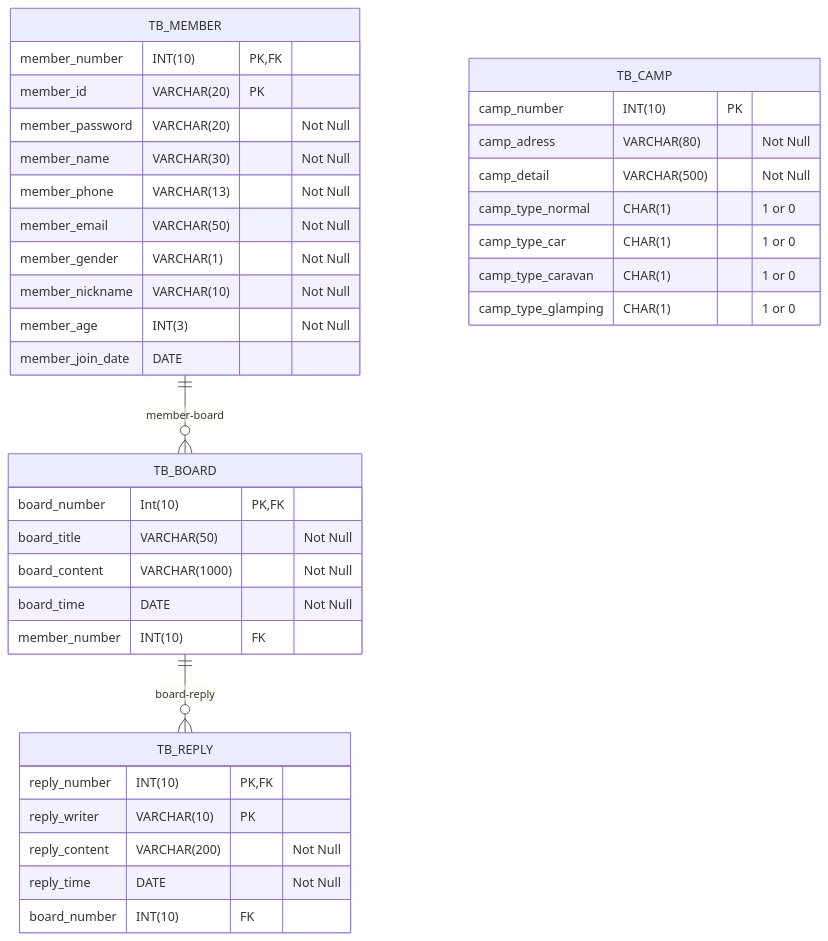
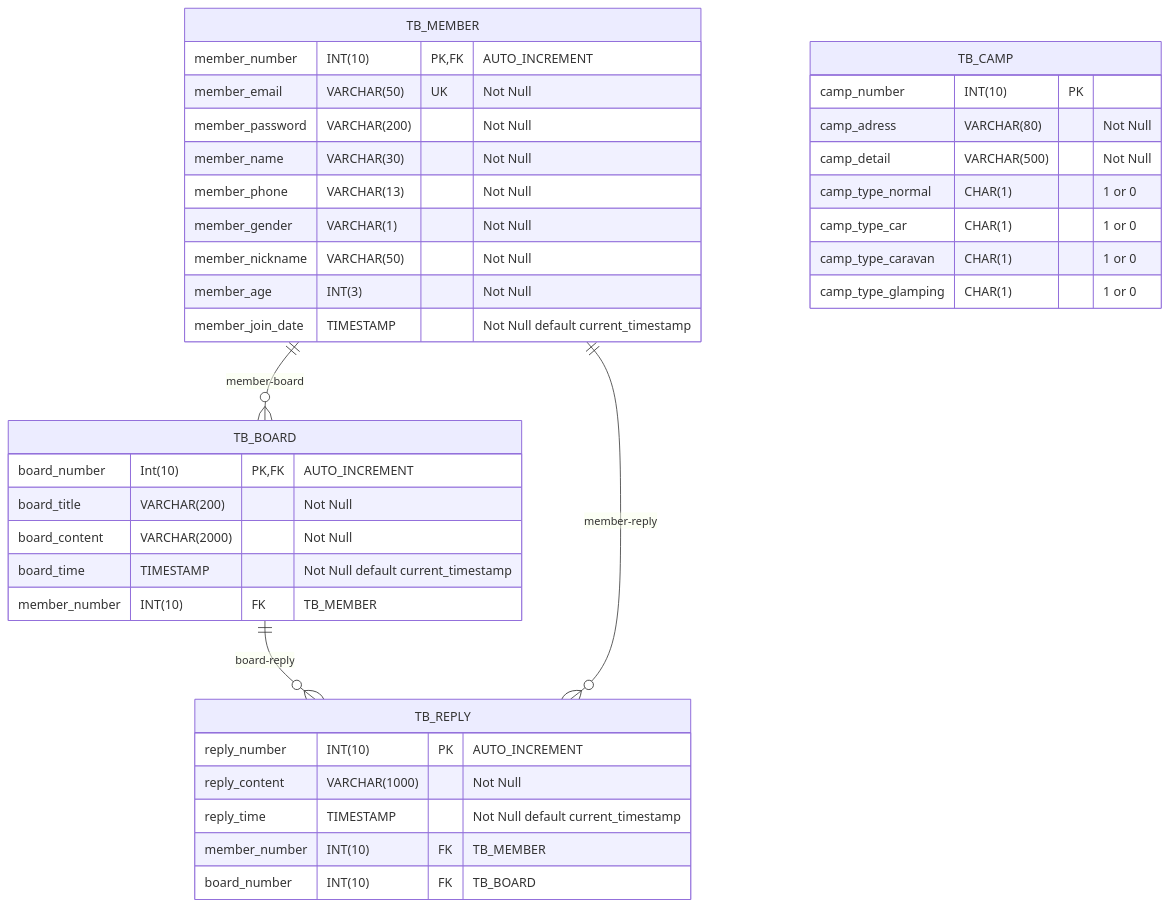
One commit to Choongang-Third-Project/jeju-campking changed the fourth of 6 diagrams in docs/README.md. Above: the diagram before and after it, drawn with Mermaid.

Commit message:
database diagram 수정

````diff
--- a/docs/README.md
+++ b/docs/README.md
@@ -172,44 +172,45 @@
 ```mermaid
 erDiagram
     TB_MEMBER ||--o{ TB_BOARD: member-board
     TB_BOARD ||--o{ TB_REPLY: board-reply
+    TB_MEMBER ||--o{ TB_REPLY: member-reply
+
     TB_MEMBER {
-        member_number INT(10) PK, FK
-        member_id VARCHAR(20) PK
-        member_password VARCHAR(20) "Not Null"
+        member_number INT(10) PK, FK "AUTO_INCREMENT"
+        member_email VARCHAR(50) UK "Not Null"
+        member_password VARCHAR(200) "Not Null"
         member_name VARCHAR(30) "Not Null"
         member_phone VARCHAR(13) "Not Null"
-        member_email VARCHAR(50) "Not Null"
         member_gender VARCHAR(1) "Not Null"
-        member_nickname VARCHAR(10) "Not Null"
+        member_nickname VARCHAR(50) "Not Null"
         member_age INT(3) "Not Null"
-        member_join_date DATE
+        member_join_date TIMESTAMP "Not Null default current_timestamp"
     }
 
     TB_BOARD {
-        board_number Int(10) PK, FK
-        board_title VARCHAR(50) "Not Null"
-        board_content VARCHAR(1000) "Not Null"
-        board_time DATE "Not Null"
-        member_number INT(10) FK
+        board_number Int(10) PK, FK "AUTO_INCREMENT"
+        board_title VARCHAR(200) "Not Null"
+        board_content VARCHAR(2000) "Not Null"
+        board_time TIMESTAMP "Not Null default current_timestamp"
+        member_number INT(10) FK "TB_MEMBER"
     }
 
     TB_REPLY {
-        reply_number INT(10) PK, FK
-        reply_writer VARCHAR(10) PK
-        reply_content VARCHAR(200) "Not Null"
-        reply_time DATE "Not Null"
-        board_number INT(10) FK
+        reply_number INT(10) PK "AUTO_INCREMENT"
+        reply_content VARCHAR(1000) "Not Null"
+        reply_time TIMESTAMP "Not Null default current_timestamp"
+        member_number INT(10) FK "TB_MEMBER"
+        board_number INT(10) FK "TB_BOARD"
     }
 
     TB_CAMP {
         camp_number INT(10) PK
         camp_adress VARCHAR(80) "Not Null"
         camp_detail VARCHAR(500) "Not Null"
         camp_type_normal CHAR(1) "1 or 0"
         camp_type_car CHAR(1) "1 or 0"
         camp_type_caravan CHAR(1) "1 or 0"
         camp_type_glamping CHAR(1) "1 or 0"
     }
 
 ```
````
